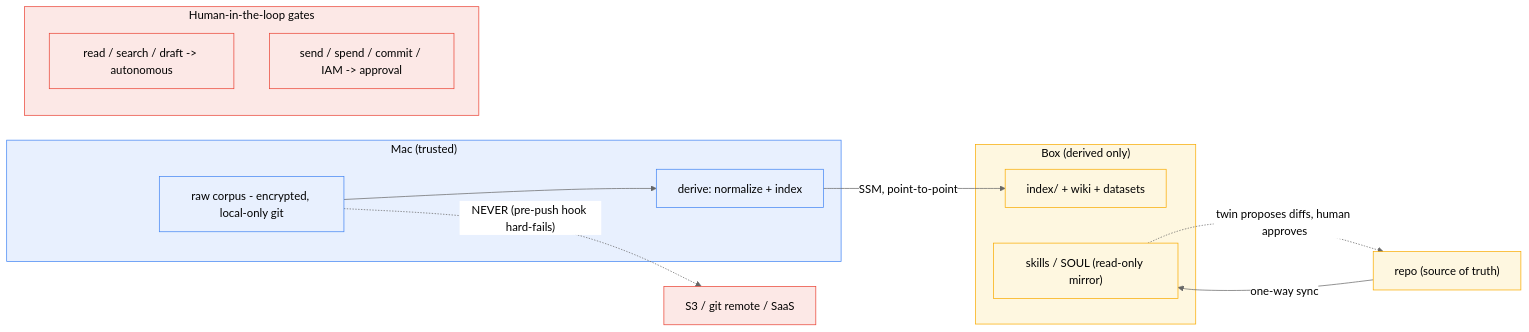
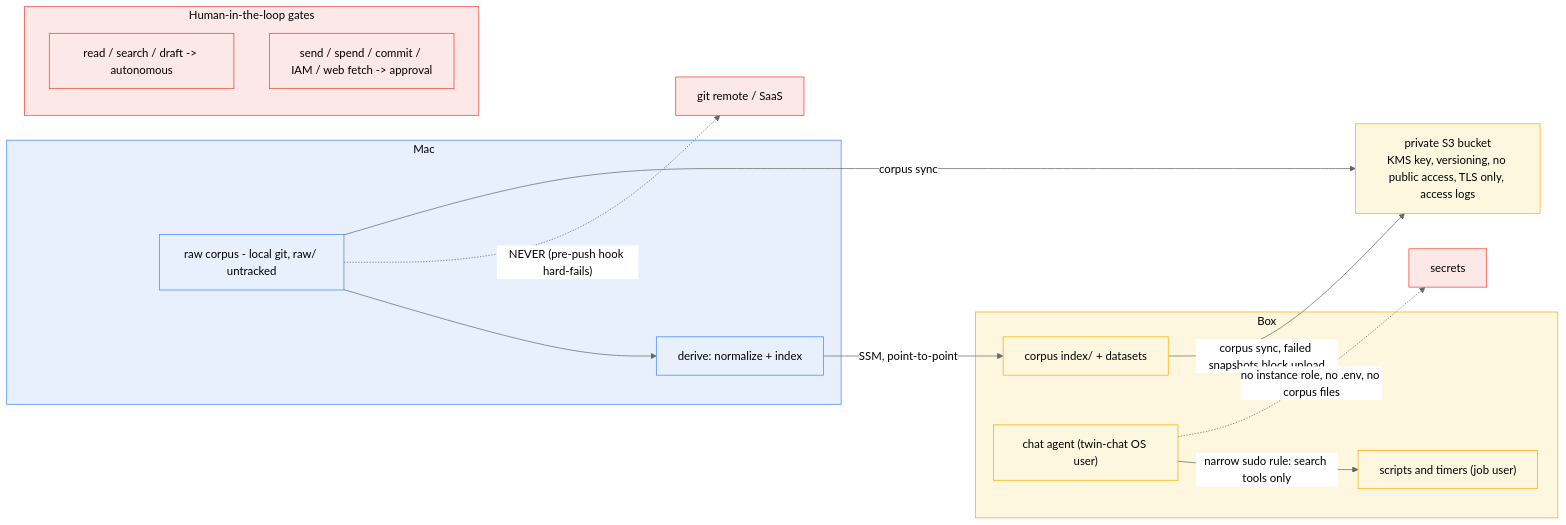
Before and after one commit to danielpuri1901/twin-mind: the sixth of 6 diagrams in docs/architecture-map.md, drawn with Mermaid (neutral theme). The commit also changed other lines of this file and 3 other files, not shown here.

First line of the commit message:
docs: CLAUDE.md, README and architecture map describe the Letta chat and systemd jobs

````diff
--- a/docs/architecture-map.md
+++ b/docs/architecture-map.md
@@ -239,30 +242,35 @@
 ```mermaid
 flowchart LR
-    subgraph MAC["Mac (trusted)"]
-        RAW["raw corpus - encrypted, local-only git"]
+    subgraph MAC["Mac"]
+        RAW["raw corpus - local git, raw/ untracked"]
         DERIVE["derive: normalize + index"]
         RAW --> DERIVE
     end
 
-    subgraph BOX["Box (derived only)"]
-        IDX["index/ + wiki + datasets"]
-        SKILLS["skills / SOUL (read-only mirror)"]
+    subgraph BOX["Box"]
+        IDX["corpus index/ + datasets"]
+        JOBS["scripts and timers (job user)"]
+        CHATU["chat agent (twin-chat OS user)"]
     end
 
-    RAW -. "NEVER (pre-push hook hard-fails)" .-> X1["S3 / git remote / SaaS"]
+    S3["private S3 bucket<br/>KMS key, versioning, no public access, TLS only, access logs"]
+
+    RAW -. "NEVER (pre-push hook hard-fails)" .-> X1["git remote / SaaS"]
+    RAW -->|"corpus sync"| S3
     DERIVE -->|"SSM, point-to-point"| IDX
-    REPO2["repo (source of truth)"] -->|"one-way sync"| SKILLS
-    SKILLS -. "twin proposes diffs, human approves" .-> REPO2
+    IDX -->|"corpus sync, failed snapshots block upload"| S3
+    CHATU -->|"narrow sudo rule: search tools only"| JOBS
+    CHATU -. "no instance role, no .env, no corpus files" .-> X2["secrets"]
 
     subgraph HITL["Human-in-the-loop gates"]
         READ["read / search / draft -> autonomous"]
-        SEND["send / spend / commit / IAM -> approval"]
+        SEND["send / spend / commit / IAM / web fetch -> approval"]
     end
 
     classDef mac fill:#e8f0fe,stroke:#4285f4,color:#000
     classDef box fill:#fef7e0,stroke:#f9ab00,color:#000
     classDef stop fill:#fce8e6,stroke:#ea4335,color:#000
     class MAC,RAW,DERIVE mac
-    class BOX,IDX,SKILLS,REPO2 box
-    class X1,HITL,READ,SEND stop
+    class BOX,IDX,JOBS,CHATU,S3 box
+    class X1,X2,HITL,READ,SEND stop
 ```
````
